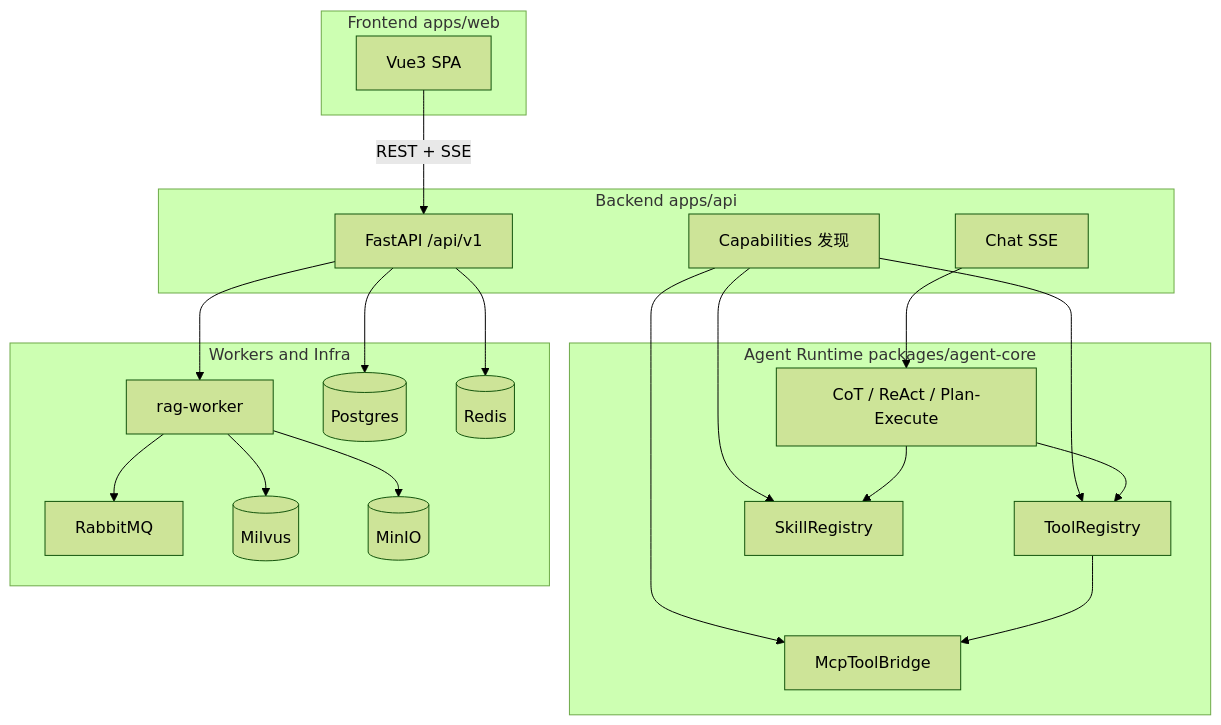
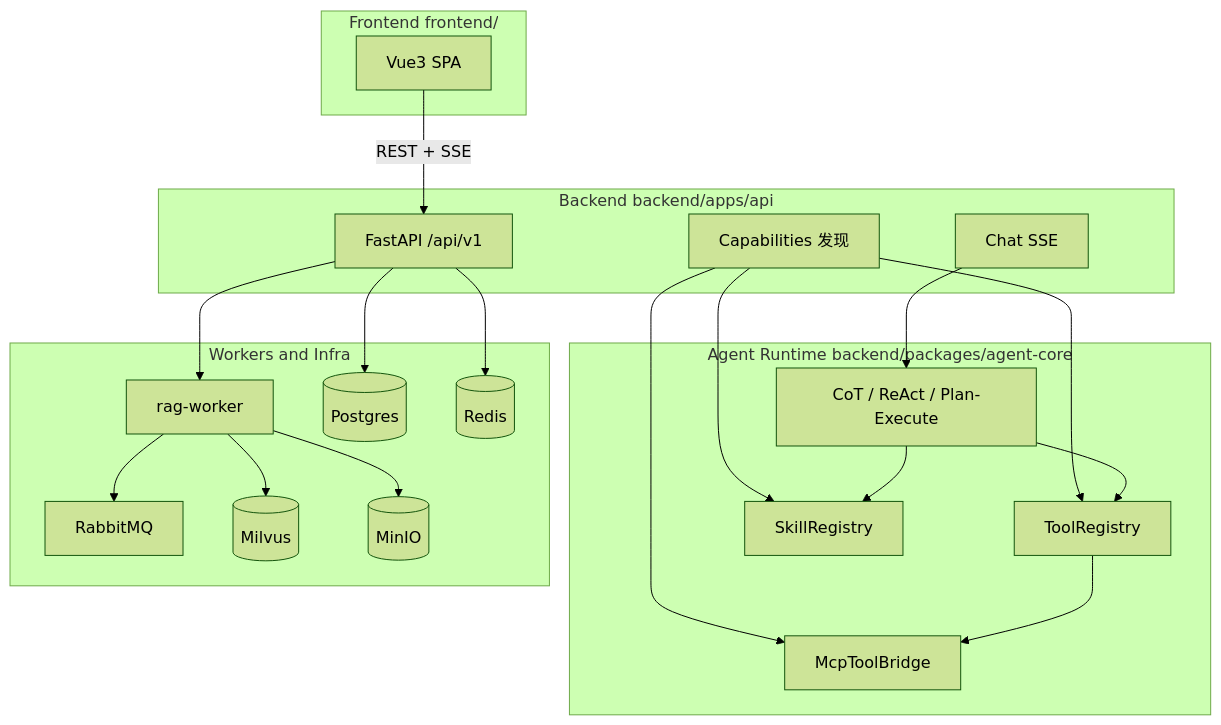
Before and after one commit to NIU-GX/agent: the first of 2 diagrams in docs/architecture.md, drawn with Mermaid (forest theme). The commit also changed other lines of this file and 63 other files, not shown here.

````diff
--- a/docs/architecture.md
+++ b/docs/architecture.md
@@ -7,39 +7,39 @@
 ```mermaid
 flowchart TB
-  subgraph frontend [Frontend apps/web]
+  subgraph frontend [Frontend frontend/]
     SPA[Vue3 SPA]
   end
-  subgraph backend [Backend apps/api]
+  subgraph backend [Backend backend/apps/api]
     API[FastAPI /api/v1]
     Caps[Capabilities 发现]
     Chat[Chat SSE]
   end
-  subgraph runtime [Agent Runtime packages/agent-core]
+  subgraph runtime [Agent Runtime backend/packages/agent-core]
     Strategies[CoT / ReAct / Plan-Execute]
     Tools[ToolRegistry]
     MCP[McpToolBridge]
     Skills[SkillRegistry]
   end
   subgraph workers [Workers and Infra]
     RagWorker[rag-worker]
     PG[(Postgres)]
     MQ[RabbitMQ]
     Milvus[(Milvus)]
     MinIO[(MinIO)]
     Redis[(Redis)]
   end
   SPA -->|"REST + SSE"| API
   Caps --> Tools
   Caps --> MCP
   Caps --> Skills
   Chat --> Strategies
   Strategies --> Tools
   Strategies --> Skills
   Tools --> MCP
   API --> RagWorker
   RagWorker --> MQ
   RagWorker --> Milvus
   RagWorker --> MinIO
   API --> PG
   API --> Redis
 ```
````
